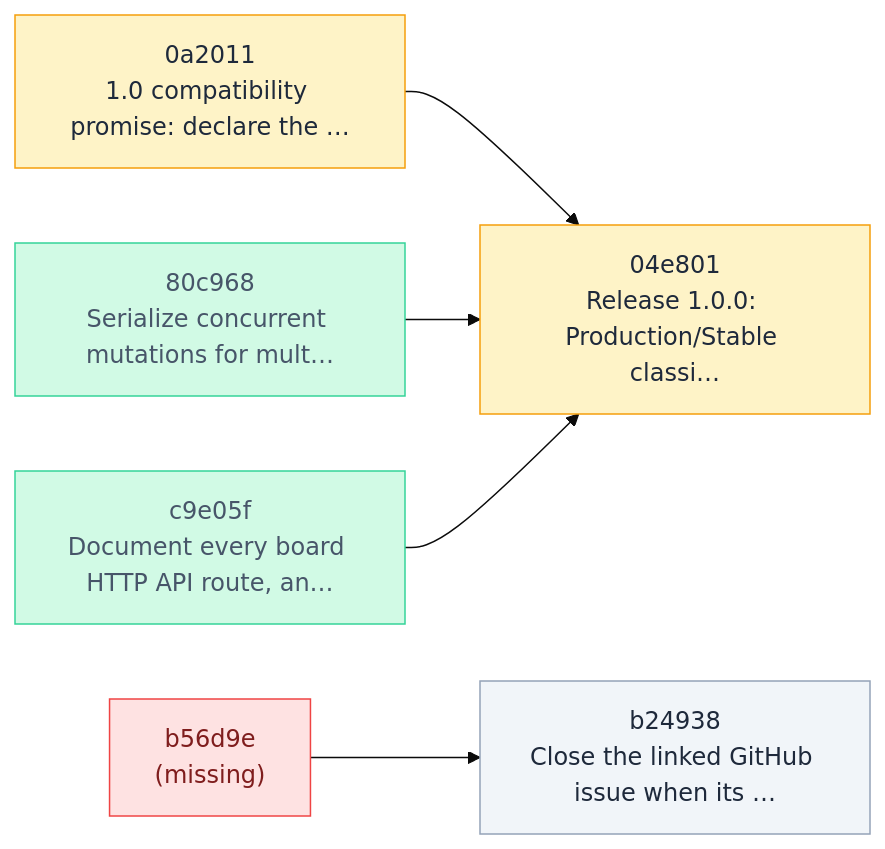
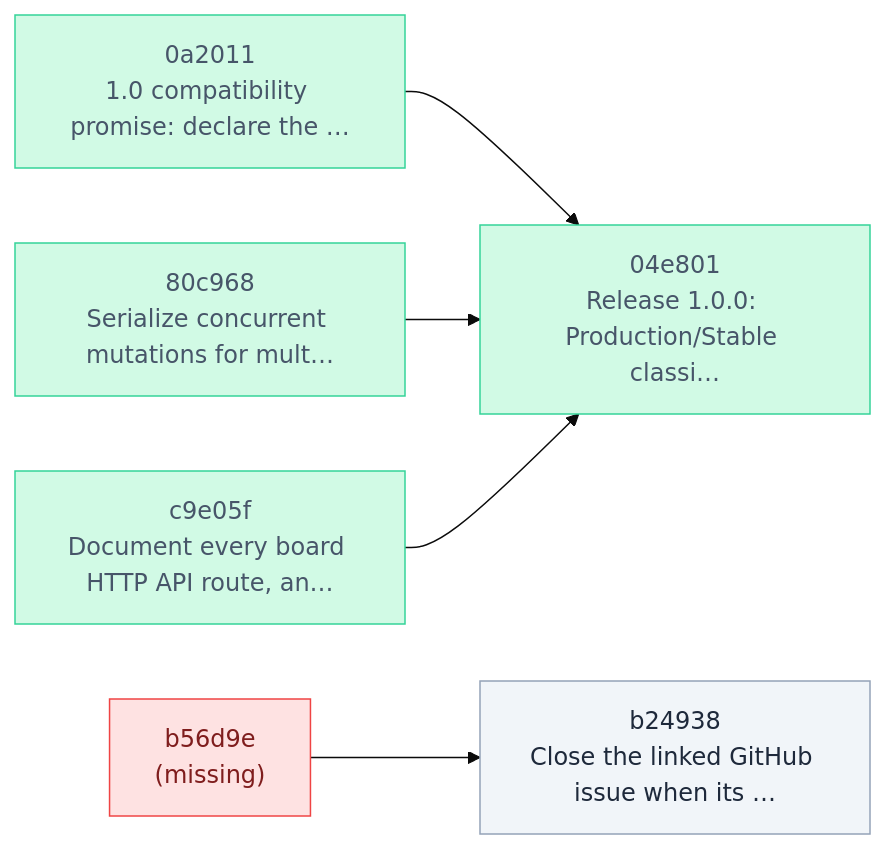
Before and after one commit to Vitund-AI/skald: the diagram in .skald/README.md, drawn with Mermaid (base theme). The commit also changed other lines of this file and 2 other files, not shown here.

````diff
--- a/.skald/README.md
+++ b/.skald/README.md
@@ -24,21 +24,19 @@
 ```mermaid
 flowchart LR
     n_04e801["04e801<br/>Release 1.0.0: Production/Stable classi…"]
     n_0a2011["0a2011<br/>1.0 compatibility promise: declare the …"]
     n_80c968["80c968<br/>Serialize concurrent mutations for mult…"]
     n_b24938["b24938<br/>Close the linked GitHub issue when its …"]
     n_b56d9e["b56d9e<br/>(missing)"]
     n_c9e05f["c9e05f<br/>Document every board HTTP API route, an…"]
     n_b56d9e --> n_b24938
     n_0a2011 --> n_04e801
     n_80c968 --> n_04e801
     n_c9e05f --> n_04e801
     classDef backlog fill:#f1f5f9,stroke:#94a3b8,color:#1e293b
-    classDef active fill:#fef3c7,stroke:#f59e0b,color:#1e293b
     classDef done fill:#d1fae5,stroke:#34d399,color:#475569
     classDef unknown fill:#fee2e2,stroke:#ef4444,color:#7f1d1d
-    class n_80c968,n_c9e05f done
+    class n_b24938 backlog
+    class n_04e801,n_0a2011,n_80c968,n_c9e05f done
     class n_b56d9e unknown
-    class n_04e801,n_0a2011 active
-    class n_b24938 backlog
 ```
````
